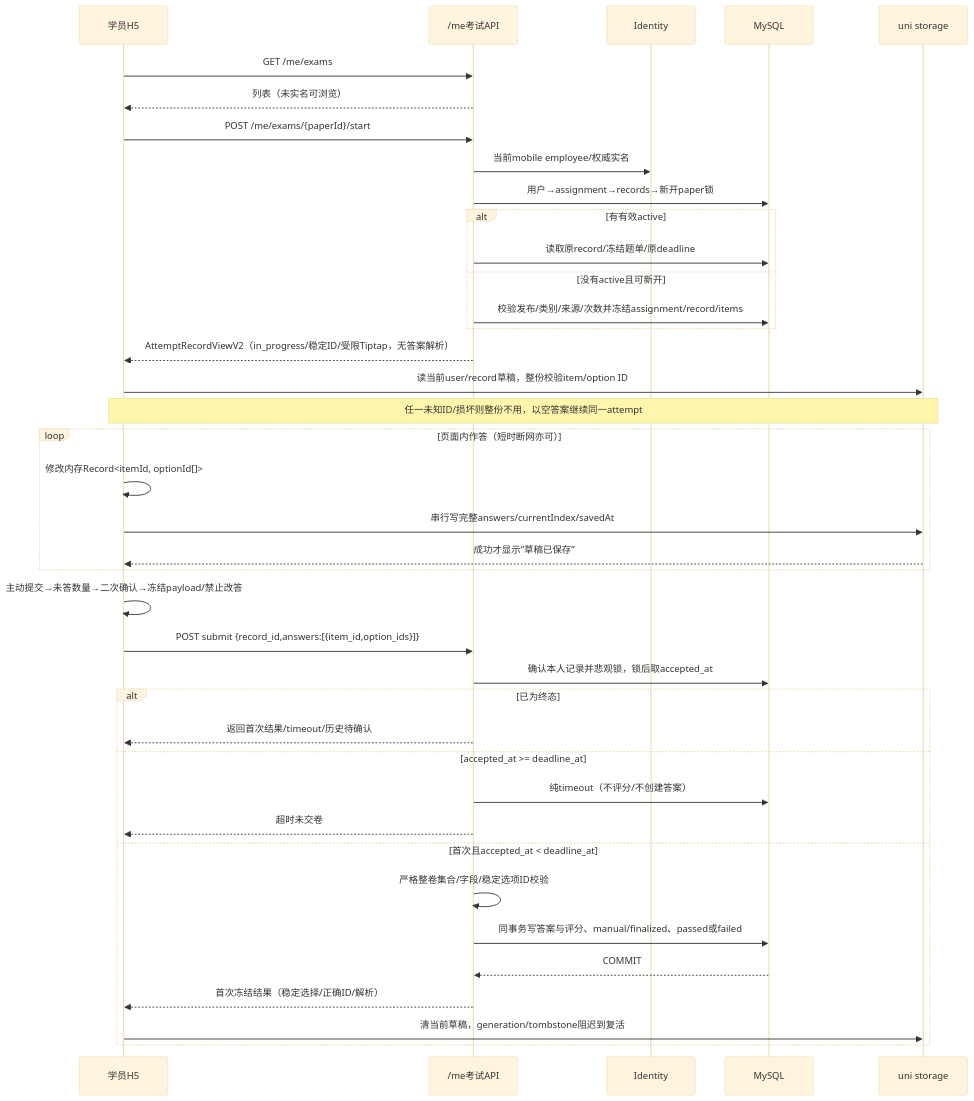
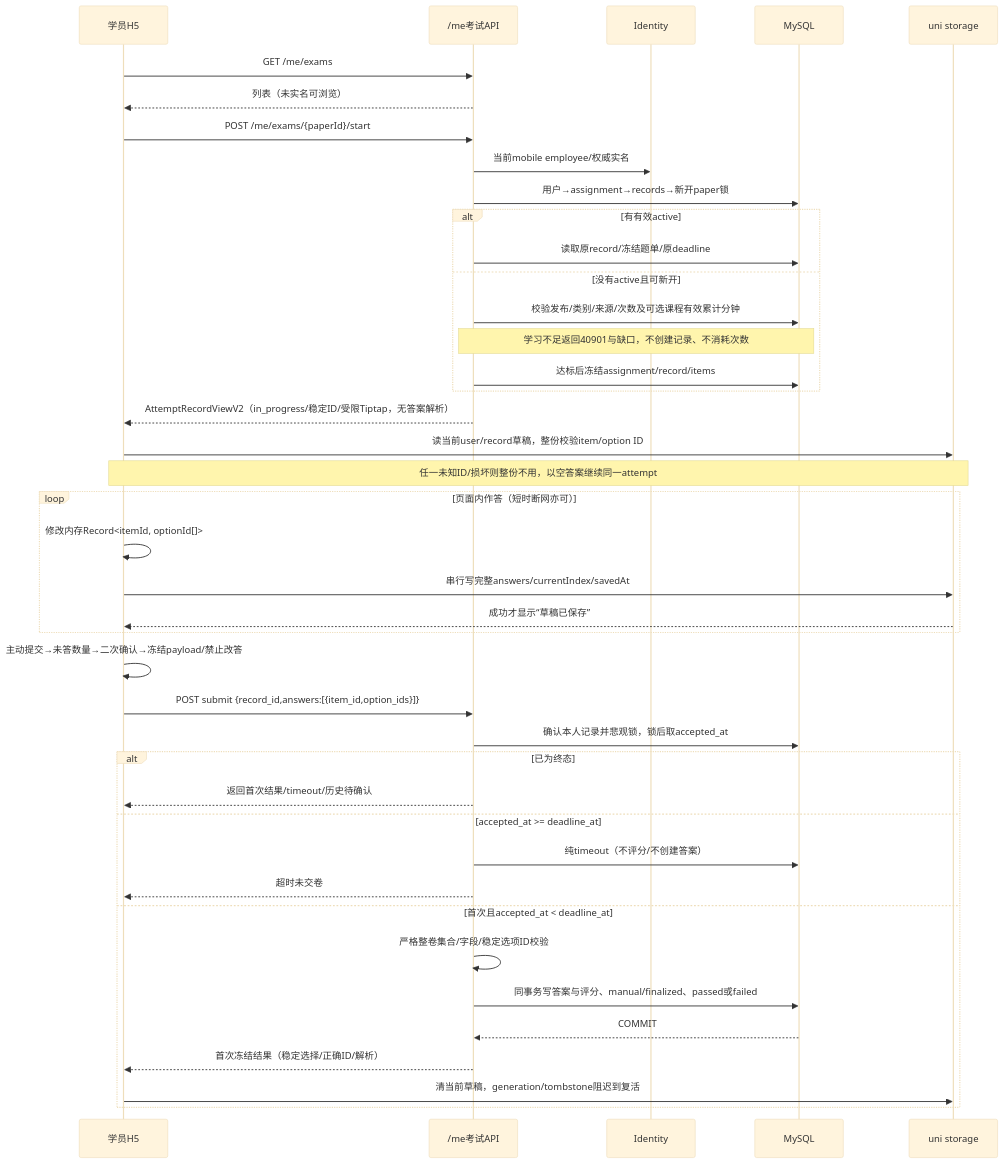
The tenth of 21 diagrams in docs/design/06-关键流程.md (caoguanjie/emodor-exam), drawn with Mermaid (base theme) before and after one commit. The commit also changed other lines of this file and 68 other files, not shown here.

````diff
--- a/docs/design/06-关键流程.md
+++ b/docs/design/06-关键流程.md
@@ -632,42 +636,44 @@
 ```mermaid
 sequenceDiagram
     participant U as 学员H5
     participant API as /me考试API
     participant I as Identity
     participant DB as MySQL
     participant L as uni storage
 
     U->>API: GET /me/exams
     API-->>U: 列表（未实名可浏览）
     U->>API: POST /me/exams/{paperId}/start
     API->>I: 当前mobile employee/权威实名
     API->>DB: 用户→assignment→records→新开paper锁
     alt 有有效active
         API->>DB: 读取原record/冻结题单/原deadline
     else 没有active且可新开
-        API->>DB: 校验发布/类别/来源/次数并冻结assignment/record/items
+        API->>DB: 校验发布/类别/来源/次数及可选课程有效累计分钟
+        Note over API,DB: 学习不足返回40901与缺口，不创建记录、不消耗次数
+        API->>DB: 达标后冻结assignment/record/items
     end
     API-->>U: AttemptRecordViewV2（in_progress/稳定ID/受限Tiptap，无答案解析）
     U->>L: 读当前user/record草稿，整份校验item/option ID
     Note over U,L: 任一未知ID/损坏则整份不用，以空答案继续同一attempt
     loop 页面内作答（短时断网亦可）
         U->>U: 修改内存Record<itemId, optionId[]>
         U->>L: 串行写完整answers/currentIndex/savedAt
         L-->>U: 成功才显示“草稿已保存”
     end
     U->>U: 主动提交→未答数量→二次确认→冻结payload/禁止改答
     U->>API: POST submit {record_id,answers:[{item_id,option_ids}]}
     API->>DB: 确认本人记录并悲观锁，锁后取accepted_at
     alt 已为终态
         API-->>U: 返回首次结果/timeout/历史待确认
     else accepted_at >= deadline_at
         API->>DB: 纯timeout（不评分/不创建答案）
         API-->>U: 超时未交卷
     else 首次且accepted_at < deadline_at
         API->>API: 严格整卷集合/字段/稳定选项ID校验
         API->>DB: 同事务写答案与评分、manual/finalized、passed或failed
         DB-->>API: COMMIT
         API-->>U: 首次冻结结果（稳定选择/正确ID/解析）
         U->>L: 清当前草稿，generation/tombstone阻迟到复活
     end
 ```
````
